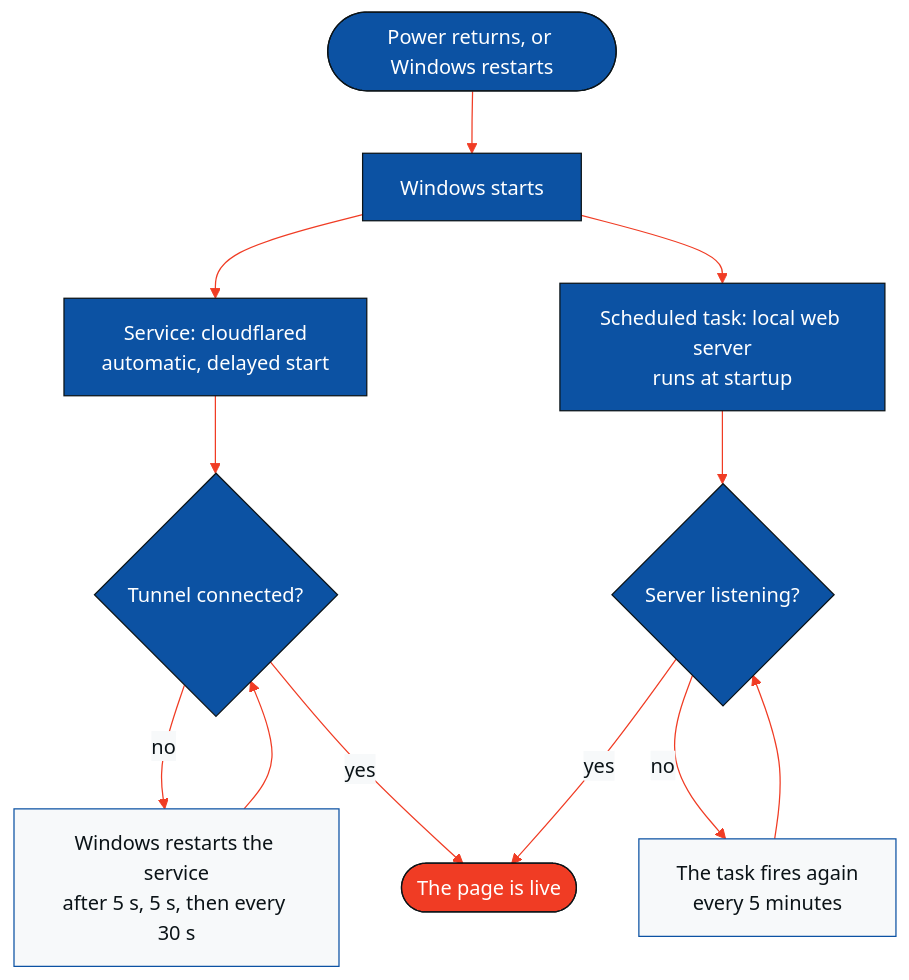
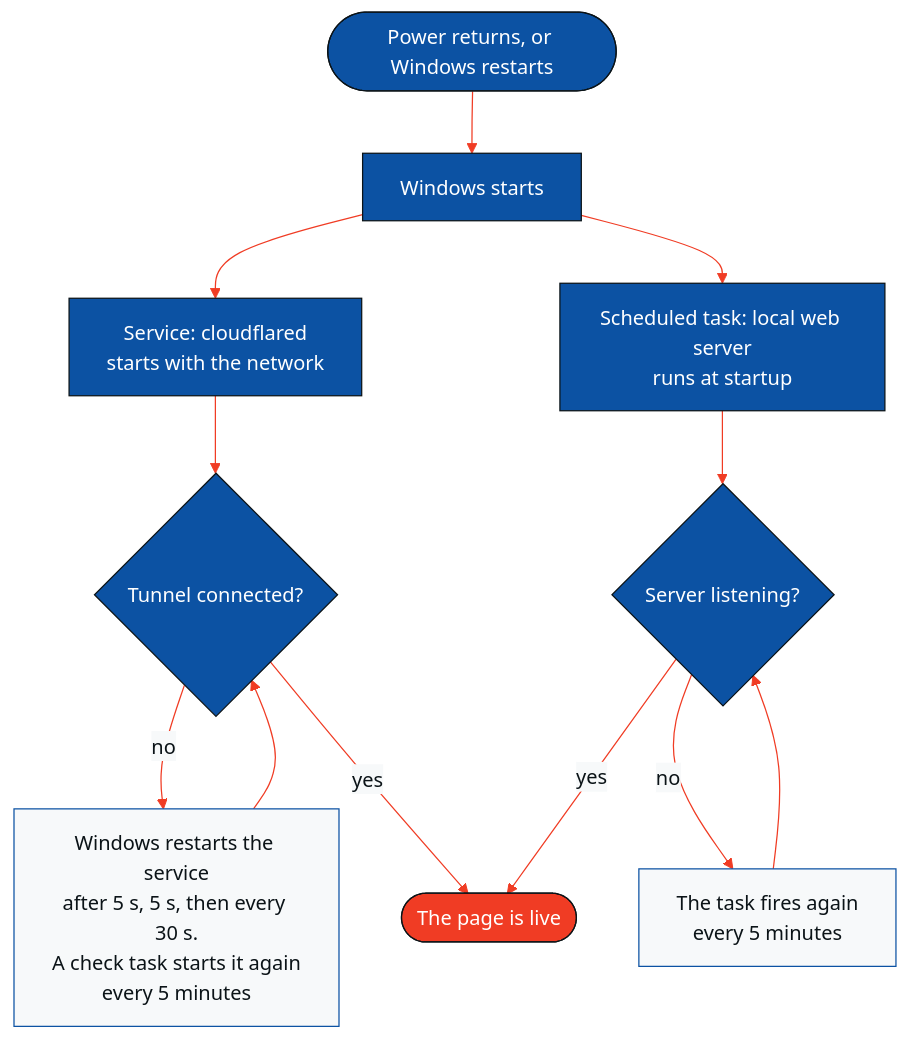
Before and after one commit to aniksarakash/SPSL_DEV_LANDING: the third of 4 diagrams in README.md, drawn with Mermaid. The commit also changed other lines of this file and 2 other files, not shown here.

Commit message:
Tunnel service starts with the network; add a check task
After a power loss on 19 November 2026 the tunnel started 3 min 22 s after Windows, because the service used delayed start. The service now starts when the network stack and the DNS client run. A scheduled task asks Windows to start the service every five minutes, which covers a stop with no error.

````diff
--- a/README.md
+++ b/README.md
@@ -139,24 +139,24 @@
 ```mermaid
 %%{init: {"theme":"base","themeVariables":{"primaryColor":"#0C52A3","primaryTextColor":"#0B1317","primaryBorderColor":"#0B1317","lineColor":"#F03C24","secondaryColor":"#F7F9FA","tertiaryColor":"#E9EEF2","edgeLabelBackground":"#F7F9FA","clusterBkg":"#F7F9FA","clusterBorder":"#0C52A3","titleColor":"#0B1317","fontFamily":"Arial, sans-serif"}}}%%
 flowchart TD
     P(["Power returns, or Windows restarts"]) --> W["Windows starts"]
-    W --> A["Service: cloudflared<br/>automatic, delayed start"]
+    W --> A["Service: cloudflared<br/>starts with the network"]
     W --> B["Scheduled task: local web server<br/>runs at startup"]
 
     A --> T{"Tunnel connected?"}
-    T -- "no" --> R1["Windows restarts the service<br/>after 5 s, 5 s, then every 30 s"]
+    T -- "no" --> R1["Windows restarts the service<br/>after 5 s, 5 s, then every 30 s.<br/>A check task starts it again<br/>every 5 minutes"]
     R1 --> T
 
     B --> L{"Server listening?"}
     L -- "no" --> R2["The task fires again<br/>every 5 minutes"]
     R2 --> L
 
     T -- "yes" --> OK(["The page is live"])
     L -- "yes" --> OK
 
     classDef default fill:#0C52A3,stroke:#0B1317,color:#FFFFFF
     classDef red fill:#F03C24,stroke:#0B1317,color:#FFFFFF
     classDef paper fill:#F7F9FA,stroke:#0C52A3,color:#0B1317
     class OK red
     class R1,R2 paper
 ```
````
